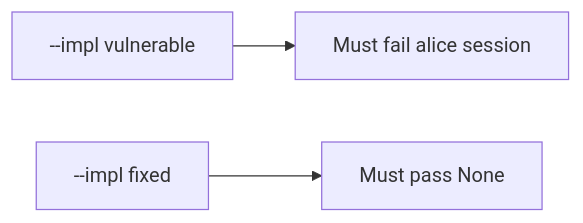
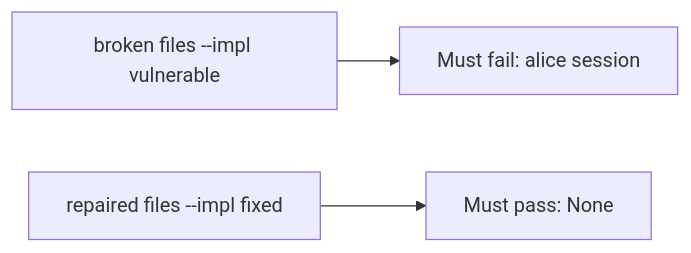
One commit to ishitvagoel/LearnSecurity changed the diagram in content/modules/7/7.4/lessons/05-verify.md. Above: the diagram before and after it, drawn with Mermaid. The commit also changed other lines of this file and 31 other files, not shown here.

````diff
--- a/content/modules/7/7.4/lessons/05-verify.md
+++ b/content/modules/7/7.4/lessons/05-verify.md
@@ -15,5 +14,5 @@
 ```mermaid
 flowchart LR
-  V["--impl vulnerable"] --> F["Must fail alice session"]
-  X["--impl fixed"] --> P["Must pass None"]
+  V["broken files --impl vulnerable"] --> F["Must fail: alice session"]
+  X["repaired files --impl fixed"] --> P["Must pass: None"]
 ```
````
